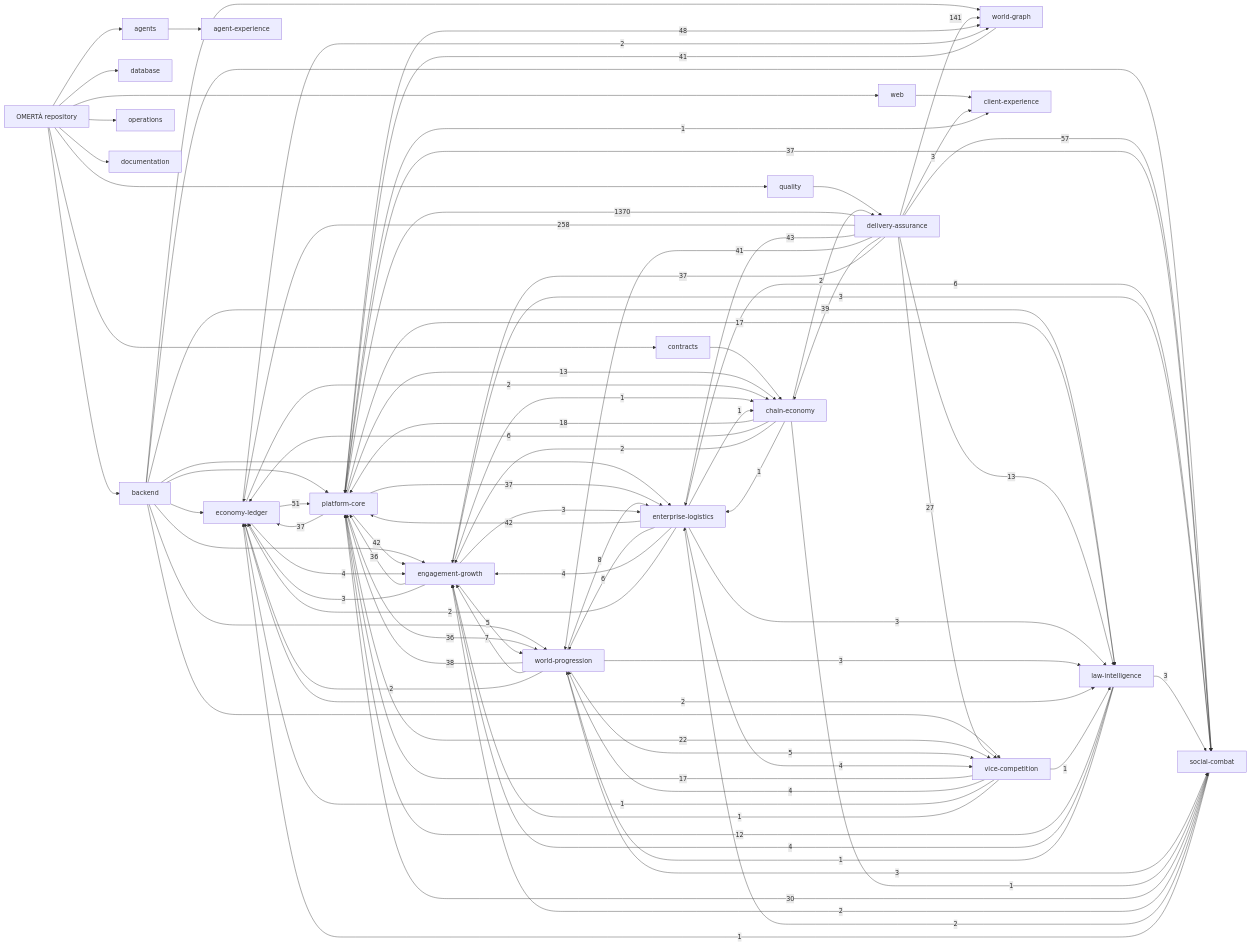
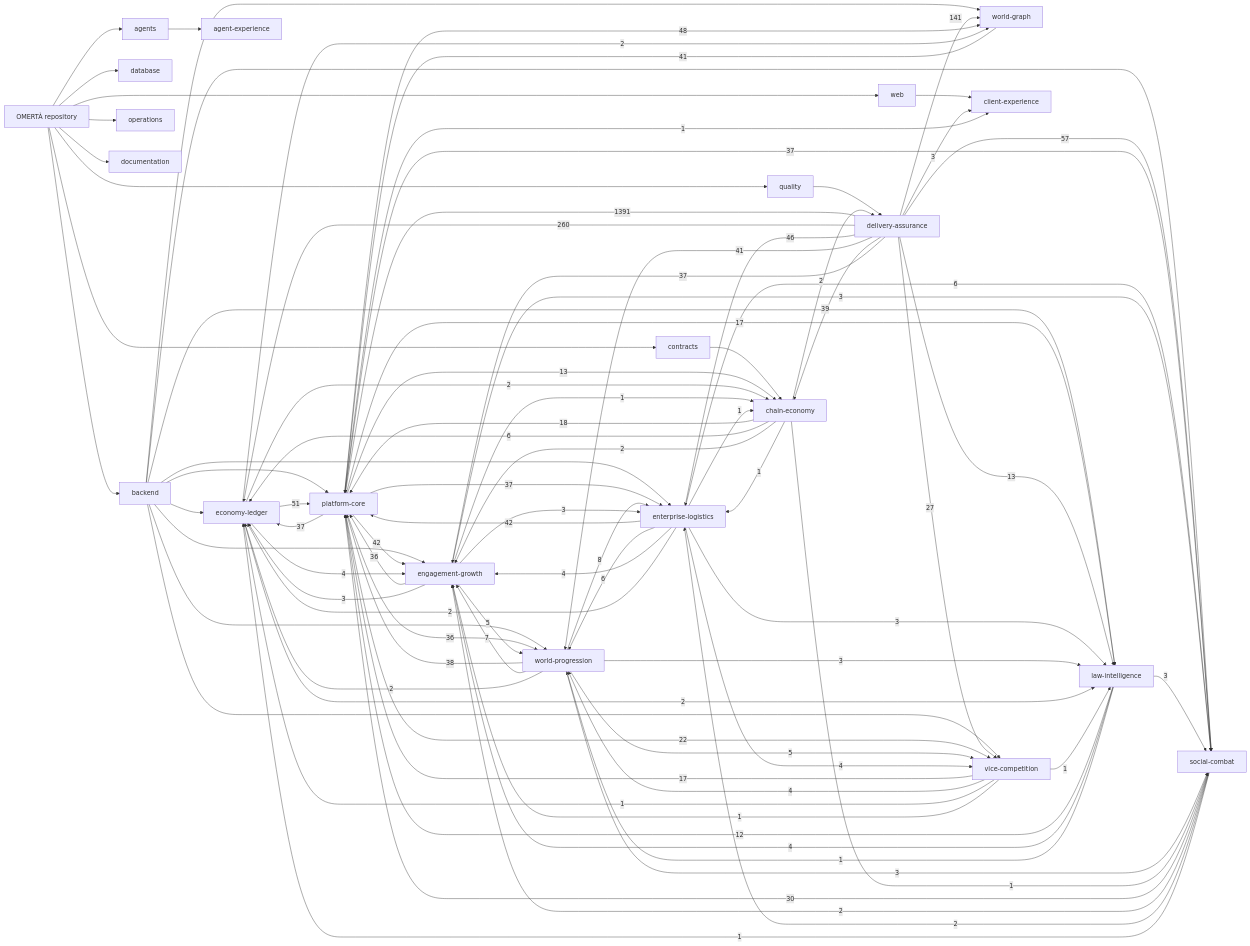
The diagram in knowledge/generated/graph.mmd (OmertaDev/Omerta), drawn with Mermaid before and after one commit. The commit also changed 8 other files, not shown here.

```diff
--- a/knowledge/generated/graph.mmd
+++ b/knowledge/generated/graph.mmd
@@ -1,111 +1,111 @@
 flowchart LR
   repo["OMERTÀ repository"]
   sub_backend["backend"]
   repo --> sub_backend
   sub_database["database"]
   repo --> sub_database
   sub_web["web"]
   repo --> sub_web
   sub_contracts["contracts"]
   repo --> sub_contracts
   sub_agents["agents"]
   repo --> sub_agents
   sub_quality["quality"]
   repo --> sub_quality
   sub_operations["operations"]
   repo --> sub_operations
   sub_documentation["documentation"]
   repo --> sub_documentation
   dom_platform-core["platform-core"]
   dom_economy-ledger["economy-ledger"]
   dom_social-combat["social-combat"]
   dom_world-progression["world-progression"]
   dom_world-graph["world-graph"]
   dom_enterprise-logistics["enterprise-logistics"]
   dom_vice-competition["vice-competition"]
   dom_law-intelligence["law-intelligence"]
   dom_chain-economy["chain-economy"]
   dom_engagement-growth["engagement-growth"]
   dom_client-experience["client-experience"]
   dom_agent-experience["agent-experience"]
   dom_delivery-assurance["delivery-assurance"]
   sub_agents --> dom_agent-experience
   sub_backend --> dom_economy-ledger
   sub_backend --> dom_engagement-growth
   sub_backend --> dom_enterprise-logistics
   sub_backend --> dom_law-intelligence
   sub_backend --> dom_platform-core
   sub_backend --> dom_social-combat
   sub_backend --> dom_vice-competition
   sub_backend --> dom_world-graph
   sub_backend --> dom_world-progression
   sub_contracts --> dom_chain-economy
   sub_quality --> dom_delivery-assurance
   sub_web --> dom_client-experience
-  dom_delivery-assurance -->|1370| dom_platform-core
-  dom_delivery-assurance -->|258| dom_economy-ledger
+  dom_delivery-assurance -->|1391| dom_platform-core
+  dom_delivery-assurance -->|260| dom_economy-ledger
   dom_delivery-assurance -->|141| dom_world-graph
   dom_delivery-assurance -->|57| dom_social-combat
   dom_economy-ledger -->|51| dom_platform-core
   dom_platform-core -->|48| dom_world-graph
-  dom_delivery-assurance -->|43| dom_enterprise-logistics
+  dom_delivery-assurance -->|46| dom_enterprise-logistics
   dom_enterprise-logistics -->|42| dom_platform-core
   dom_platform-core -->|42| dom_engagement-growth
   dom_delivery-assurance -->|41| dom_world-progression
   dom_world-graph -->|41| dom_platform-core
   dom_delivery-assurance -->|39| dom_chain-economy
   dom_world-progression -->|38| dom_platform-core
   dom_delivery-assurance -->|37| dom_engagement-growth
   dom_platform-core -->|37| dom_economy-ledger
   dom_platform-core -->|37| dom_enterprise-logistics
   dom_platform-core -->|37| dom_social-combat
   dom_engagement-growth -->|36| dom_platform-core
   dom_platform-core -->|36| dom_world-progression
   dom_social-combat -->|30| dom_platform-core
   dom_delivery-assurance -->|27| dom_vice-competition
   dom_platform-core -->|22| dom_vice-competition
   dom_chain-economy -->|18| dom_platform-core
   dom_platform-core -->|17| dom_law-intelligence
   dom_vice-competition -->|17| dom_platform-core
   dom_delivery-assurance -->|13| dom_law-intelligence
   dom_platform-core -->|13| dom_chain-economy
   dom_law-intelligence -->|12| dom_platform-core
   dom_world-progression -->|8| dom_enterprise-logistics
   dom_world-progression -->|7| dom_engagement-growth
   dom_chain-economy -->|6| dom_economy-ledger
   dom_enterprise-logistics -->|6| dom_social-combat
   dom_enterprise-logistics -->|6| dom_world-progression
   dom_engagement-growth -->|5| dom_world-progression
   dom_world-progression -->|5| dom_vice-competition
   dom_economy-ledger -->|4| dom_engagement-growth
   dom_enterprise-logistics -->|4| dom_engagement-growth
   dom_enterprise-logistics -->|4| dom_vice-competition
   dom_law-intelligence -->|4| dom_engagement-growth
   dom_vice-competition -->|4| dom_world-progression
   dom_delivery-assurance -->|3| dom_client-experience
   dom_engagement-growth -->|3| dom_economy-ledger
   dom_engagement-growth -->|3| dom_enterprise-logistics
   dom_engagement-growth -->|3| dom_social-combat
   dom_enterprise-logistics -->|3| dom_law-intelligence
   dom_law-intelligence -->|3| dom_social-combat
   dom_world-progression -->|3| dom_law-intelligence
   dom_world-progression -->|3| dom_social-combat
   dom_chain-economy -->|2| dom_delivery-assurance
   dom_chain-economy -->|2| dom_engagement-growth
   dom_economy-ledger -->|2| dom_chain-economy
   dom_economy-ledger -->|2| dom_law-intelligence
   dom_economy-ledger -->|2| dom_world-graph
   dom_enterprise-logistics -->|2| dom_economy-ledger
   dom_social-combat -->|2| dom_engagement-growth
   dom_social-combat -->|2| dom_enterprise-logistics
   dom_world-progression -->|2| dom_economy-ledger
   dom_chain-economy -->|1| dom_enterprise-logistics
   dom_chain-economy -->|1| dom_social-combat
   dom_engagement-growth -->|1| dom_chain-economy
   dom_enterprise-logistics -->|1| dom_chain-economy
   dom_law-intelligence -->|1| dom_world-progression
   dom_platform-core -->|1| dom_client-experience
   dom_social-combat -->|1| dom_economy-ledger
   dom_vice-competition -->|1| dom_economy-ledger
   dom_vice-competition -->|1| dom_engagement-growth
   dom_vice-competition -->|1| dom_law-intelligence
```
